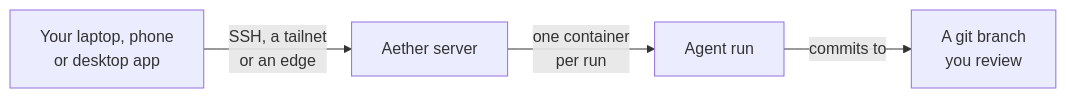
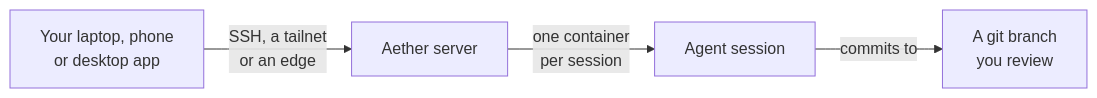
The diagram in README.md (3xDevOps/aether), drawn with Mermaid before and after one commit. The commit also changed other lines of this file and 845 other files, not shown here.

````diff
--- a/README.md
+++ b/README.md
@@ -106,6 +107,6 @@
 ```mermaid
 flowchart LR
     you["Your laptop, phone<br>or desktop app"] -->|"SSH, a tailnet<br>or an edge"| server["Aether server"]
-    server -->|"one container<br>per run"| run["Agent run"]
+    server -->|"one container<br>per session"| run["Agent session"]
     run -->|"commits to"| branch["A git branch<br>you review"]
 ```
````
